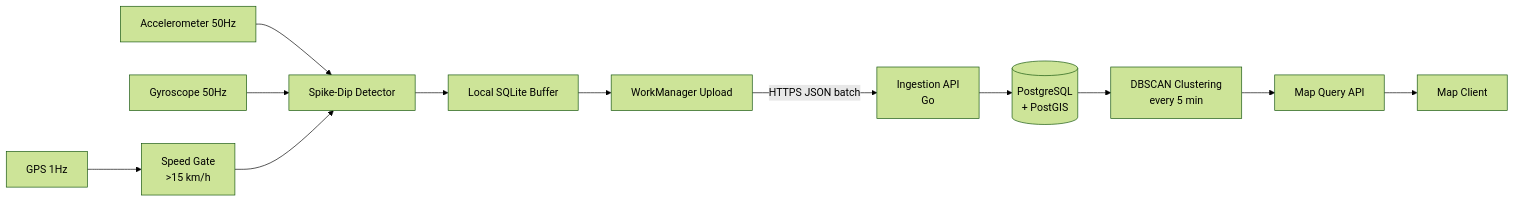
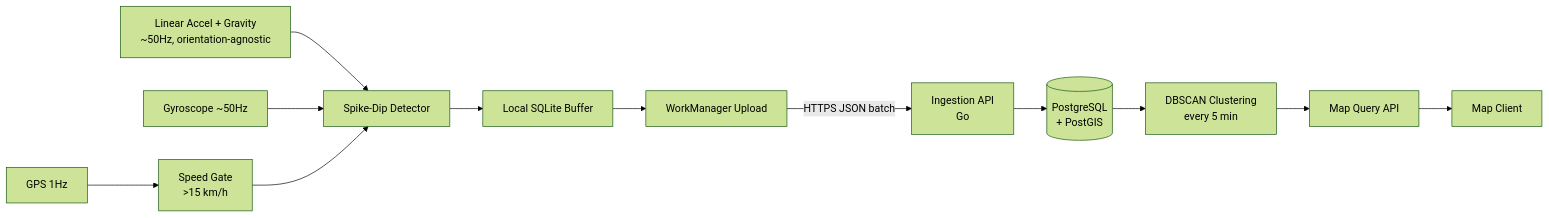
One commit to neerajkumar-n/asphalt changed the diagram in README.md. Above: the diagram before and after it, drawn with Mermaid (forest theme). The commit also changed other lines of this file and 8 other files, not shown here.

````diff
--- a/README.md
+++ b/README.md
@@ -54,14 +57,14 @@
 ```mermaid
 flowchart LR
-    A[Accelerometer 50Hz] --> D[Spike-Dip Detector]
-    B[Gyroscope 50Hz] --> D
+    A[Linear Accel + Gravity\n~50Hz, orientation-agnostic] --> D[Spike-Dip Detector]
+    B[Gyroscope ~50Hz] --> D
     C[GPS 1Hz] --> G[Speed Gate\n>15 km/h]
     G --> D
     D --> E[Local SQLite Buffer]
     E --> F[WorkManager Upload]
     F -->|HTTPS JSON batch| H[Ingestion API\nGo]
     H --> I[(PostgreSQL\n+ PostGIS)]
     I --> J[DBSCAN Clustering\nevery 5 min]
     J --> K[Map Query API]
     K --> L[Map Client]
 ```
````
